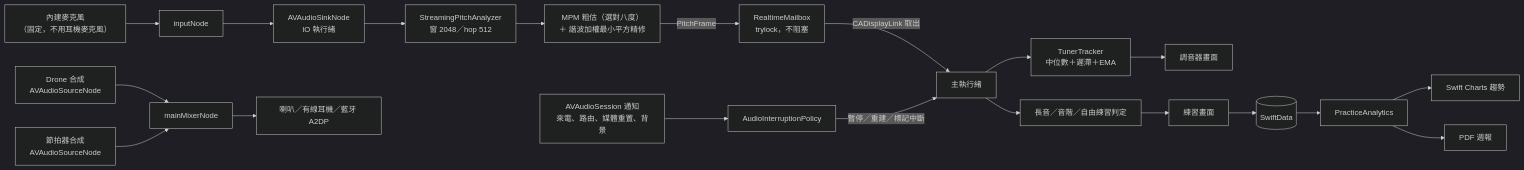
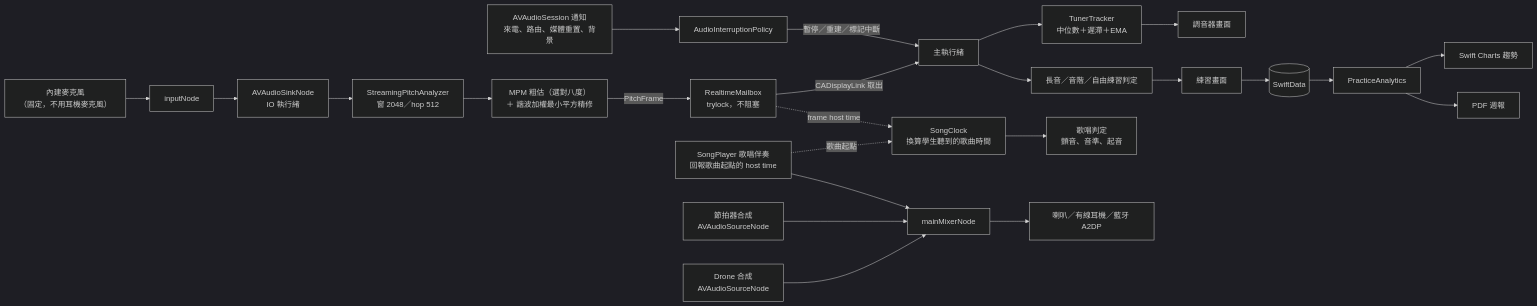
The diagram in README.md (hn83320589/PitchCoach), drawn with Mermaid (dark theme) before and after one commit. The commit also changed other lines of this file and 17 other files, not shown here.

````diff
--- a/README.md
+++ b/README.md
@@ -96,19 +103,22 @@
 ```mermaid
 flowchart LR
     MIC["內建麥克風<br/>（固定，不用耳機麥克風）"] --> IN["inputNode"]
     IN --> SINK["AVAudioSinkNode<br/>IO 執行緒"]
     SINK --> SPA["StreamingPitchAnalyzer<br/>窗 2048／hop 512"]
     SPA --> DET["MPM 粗估（選對八度）<br/>＋ 諧波加權最小平方精修"]
     DET -->|PitchFrame| MB["RealtimeMailbox<br/>trylock，不阻塞"]
     MB -->|CADisplayLink 取出| MAIN["主執行緒"]
     MAIN --> TT["TunerTracker<br/>中位數＋遲滯＋EMA"] --> TUNER["調音器畫面"]
     MAIN --> EV["長音／音階／自由練習判定"] --> PRACTICE["練習畫面"] --> DB[("SwiftData")]
     DB --> AN["PracticeAnalytics"] --> CHARTS["Swift Charts 趨勢"] & PDF["PDF 週報"]
 
     DRONE["Drone 合成<br/>AVAudioSourceNode"] --> MIX["mainMixerNode"]
     METRO["節拍器合成<br/>AVAudioSourceNode"] --> MIX
+    SONG["SongPlayer 歌唱伴奏<br/>回報歌曲起點的 host time"] --> MIX
+    SONG -.歌曲起點.-> CLOCK["SongClock<br/>換算學生聽到的歌曲時間"]
+    MB -.frame host time.-> CLOCK --> SING["歌唱判定<br/>顫音、音準、起音"]
     MIX --> OUT["喇叭／有線耳機／藍牙 A2DP"]
 
     SYS["AVAudioSession 通知<br/>來電、路由、媒體重置、背景"] --> POL["AudioInterruptionPolicy"]
     POL -->|暫停／重建／標記中斷| MAIN
 ```
````
